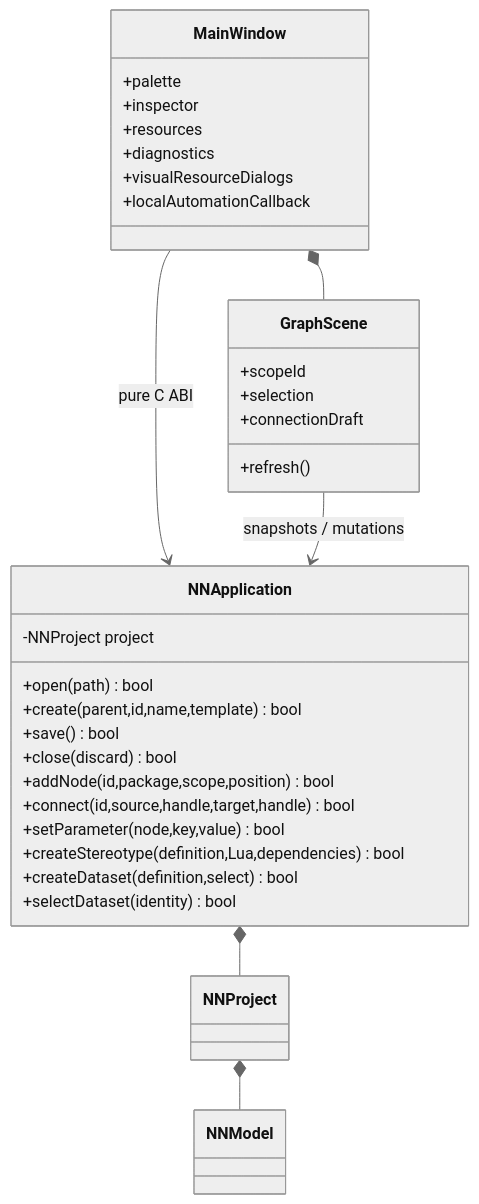
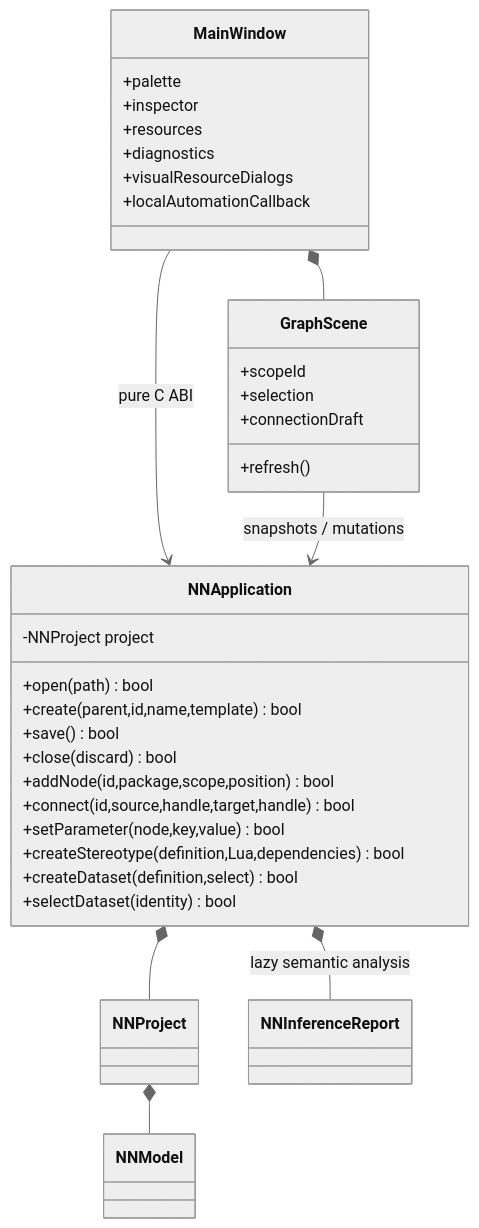
One commit to LucaSforza/nnmodelling-ui changed the diagram in docs/knowledge/uml/editor.md. Above: the diagram before and after it, drawn with Mermaid (neutral theme). The commit also changed other lines of this file and 41 other files, not shown here.

````diff
--- a/docs/knowledge/uml/editor.md
+++ b/docs/knowledge/uml/editor.md
@@ -3,35 +3,36 @@
 ```mermaid
 classDiagram
     class NNApplication {
       -NNProject project
       +open(path) bool
       +create(parent,id,name,template) bool
       +save() bool
       +close(discard) bool
       +addNode(id,package,scope,position) bool
       +connect(id,source,handle,target,handle) bool
       +setParameter(node,key,value) bool
       +createStereotype(definition,Lua,dependencies) bool
       +createDataset(definition,select) bool
       +selectDataset(identity) bool
     }
     class MainWindow {
       +palette
       +inspector
       +resources
       +diagnostics
       +visualResourceDialogs
       +localAutomationCallback
     }
     class GraphScene {
       +scopeId
       +selection
       +connectionDraft
       +refresh()
     }
     MainWindow --> NNApplication : pure C ABI
     MainWindow *-- GraphScene
     GraphScene --> NNApplication : snapshots / mutations
     NNApplication *-- NNProject
     NNProject *-- NNModel
+    NNApplication *-- NNInferenceReport : lazy semantic analysis
 ```
````
